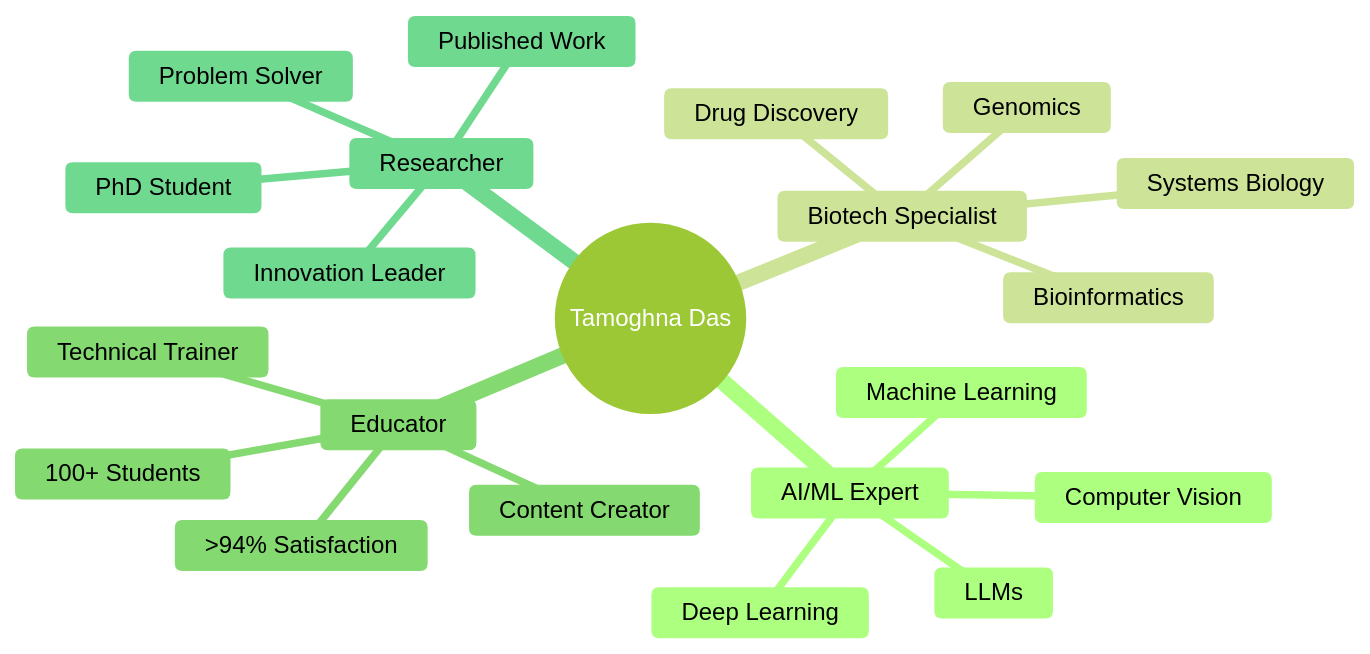
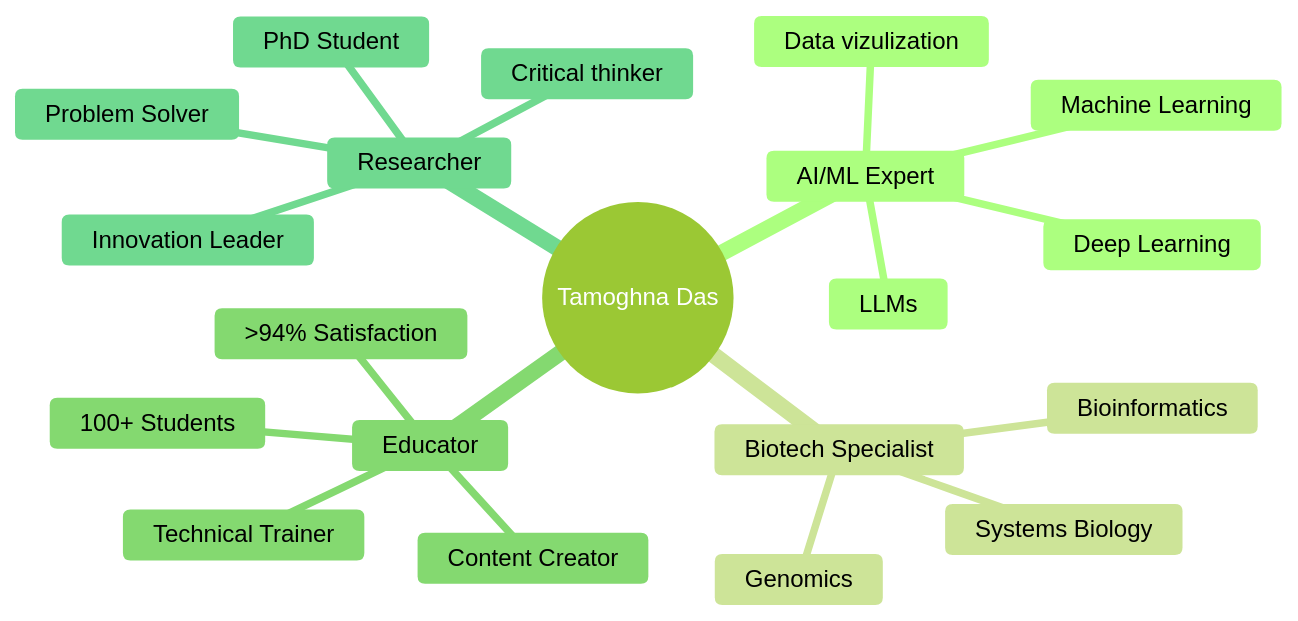
The diagram in README.md (Tamoghna12/Tamoghna12), drawn with Mermaid (forest theme) before and after one commit. The commit also changed other lines of this file, not shown here.

````diff
--- a/README.md
+++ b/README.md
@@ -76,24 +76,23 @@
 ```mermaid
 mindmap
   root((Tamoghna Das))
     AI/ML Expert
       Machine Learning
       Deep Learning
-      Computer Vision
+      Data vizulization
       LLMs
     Biotech Specialist
       Bioinformatics
       Genomics
       Systems Biology
-      Drug Discovery
     Educator
       100+ Students
       >94% Satisfaction
       Content Creator
       Technical Trainer
     Researcher
       PhD Student
-      Published Work
+      Critical thinker
       Innovation Leader
       Problem Solver
 ```
````
